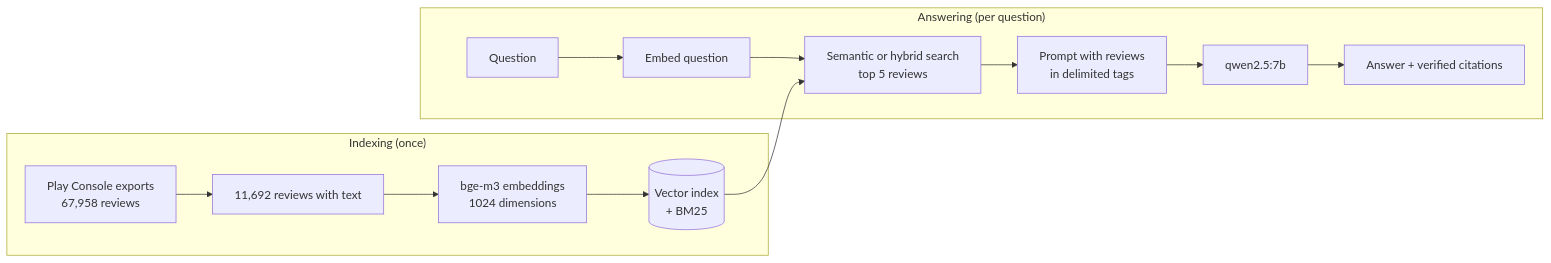
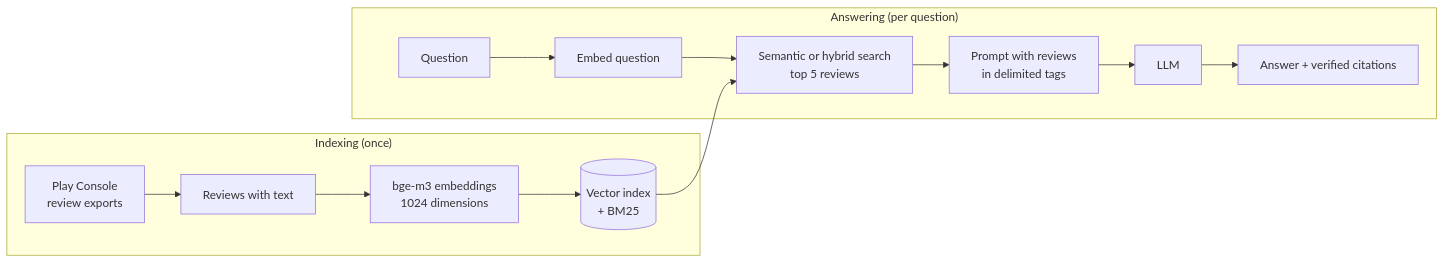
The diagram in README.md (GrilloLuca/glitch-rag), drawn with Mermaid before and after one commit. The commit also changed other lines of this file, not shown here.

````diff
--- a/README.md
+++ b/README.md
@@ -25,16 +32,16 @@
 ```mermaid
 flowchart LR
     subgraph Indexing["Indexing (once)"]
-        A[Play Console exports<br/>67,958 reviews] --> B[11,692 reviews with text]
+        A[Play Console<br/>review exports] --> B[Reviews with text]
         B --> C[bge-m3 embeddings<br/>1024 dimensions]
         C --> D[(Vector index<br/>+ BM25)]
     end
     subgraph Answering["Answering (per question)"]
         Q[Question] --> E[Embed question]
         E --> F[Semantic or hybrid search<br/>top 5 reviews]
         D --> F
         F --> G[Prompt with reviews<br/>in delimited tags]
-        G --> H[qwen2.5:7b]
+        G --> H[LLM]
         H --> I[Answer + verified citations]
     end
 ```
````
